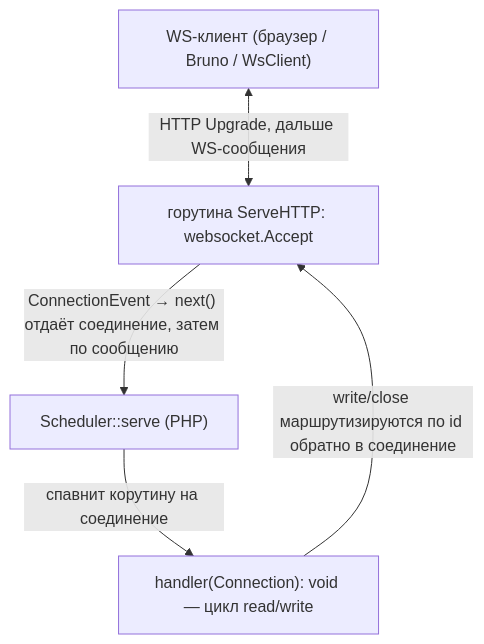
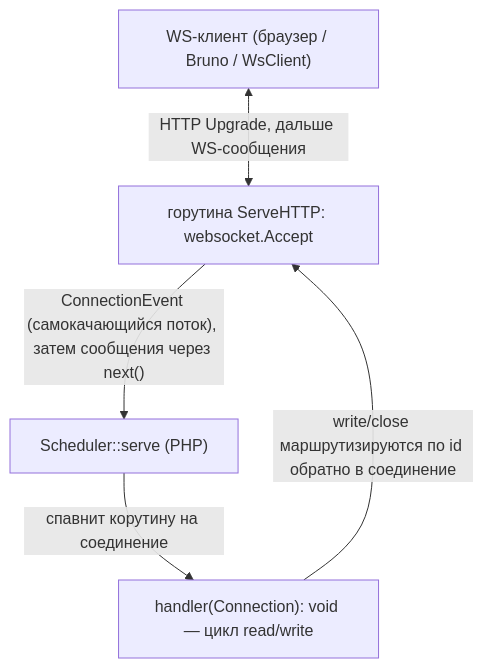
One commit to sprust/sconcur changed the diagram in docs/websocket-server.ru.md. Above: the diagram before and after it, drawn with Mermaid. The commit also changed 12 other files, not shown here.

````diff
--- a/docs/websocket-server.ru.md
+++ b/docs/websocket-server.ru.md
@@ -22,12 +22,12 @@
 ```mermaid
 flowchart TB
     client["WS-клиент (браузер / Bruno / WsClient)"]
     serve["горутина ServeHTTP: websocket.Accept"]
     sched["Scheduler::serve (PHP)"]
     handler["handler(Connection): void — цикл read/write"]
 
     client <-->|"HTTP Upgrade, дальше WS-сообщения"| serve
-    serve -->|"ConnectionEvent → next() отдаёт соединение, затем по сообщению"| sched
+    serve -->|"ConnectionEvent (самокачающийся поток), затем сообщения через next()"| sched
     sched -->|"спавнит корутину на соединение"| handler
     handler -->|"write/close маршрутизируются по id обратно в соединение"| serve
 ```
````
